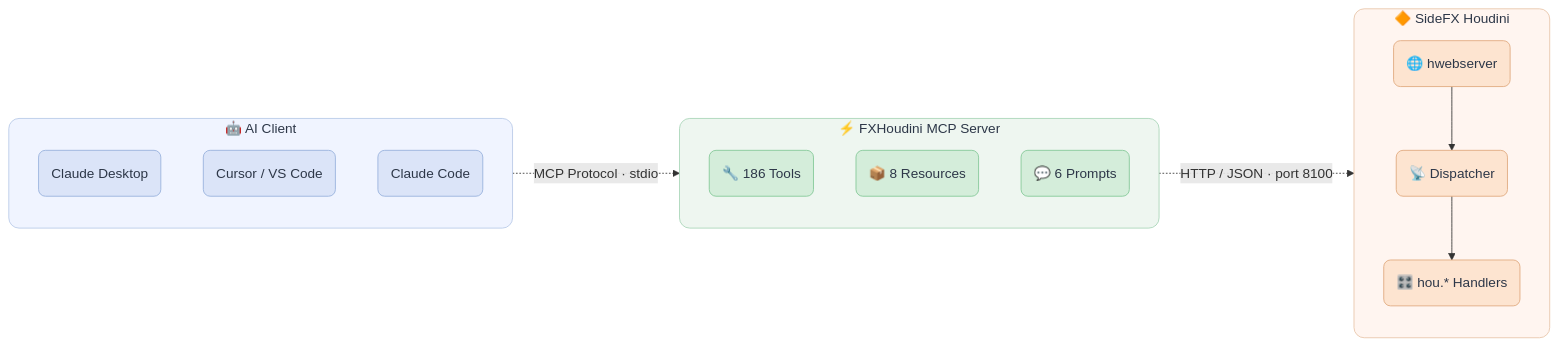
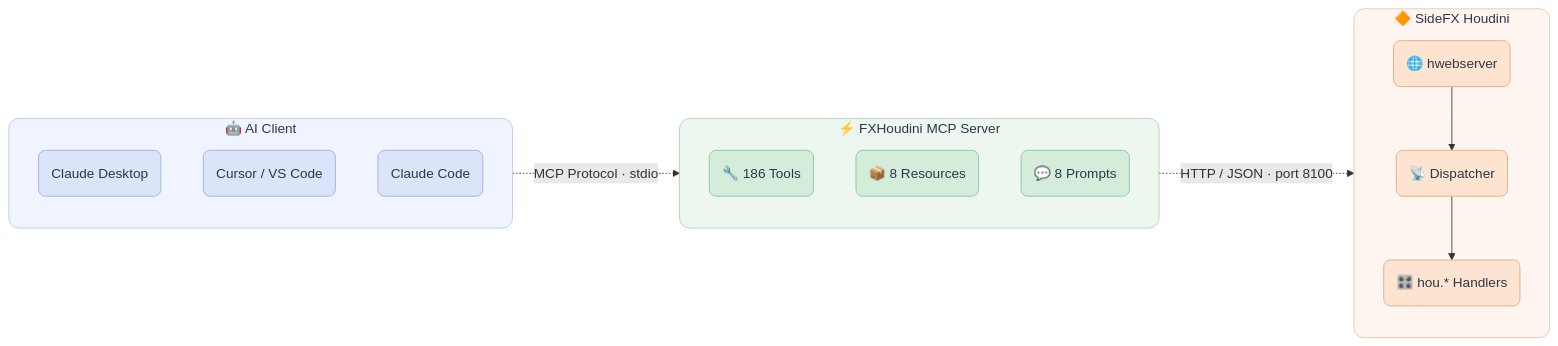
The diagram in README.md (nscrdev/fxhoudinimcp), drawn with Mermaid before and after one commit. The commit also changed other lines of this file and 2 other files, not shown here.

Commit message:
[FEAT] Disable auto-layout by default in this fork
FXHOUDINIMCP_AUTO_LAYOUT now defaults to 0 to preserve manual node
layouts; set to 1 to opt back in.

````diff
--- a/README.md
+++ b/README.md
@@ -98,42 +98,42 @@
 ```mermaid
 flowchart LR
     subgraph Client[" 🤖 AI Client "]
         direction TB
         A1("Claude Desktop")
         A2("Cursor / VS Code")
         A3("Claude Code")
     end
 
     subgraph MCP[" ⚡ FXHoudini MCP Server "]
         direction TB
         B1("🔧 186 Tools")
         B2("📦 8 Resources")
-        B3("💬 6 Prompts")
+        B3("💬 8 Prompts")
     end
 
     subgraph Houdini[" 🔶 SideFX Houdini "]
         direction TB
         C1("🌐 hwebserver")
         C2("📡 Dispatcher")
         C3("🎛️ hou.* Handlers")
         C1 --> C2 --> C3
     end
 
     Client -. "MCP Protocol · stdio" .-> MCP
     MCP -. "HTTP / JSON · port 8100" .-> Houdini
 
     classDef clientBox fill:#f0f4ff,stroke:#b8c9e8,stroke-width:1px,color:#2d3748,rx:12,ry:12
     classDef mcpBox fill:#eef6f0,stroke:#a8d5b8,stroke-width:1px,color:#2d3748,rx:12,ry:12
     classDef houdiniBox fill:#fff5f0,stroke:#e8c4a8,stroke-width:1px,color:#2d3748,rx:12,ry:12
 
     classDef clientNode fill:#dbe4f8,stroke:#96b0dc,stroke-width:1px,color:#2d3748,rx:8,ry:8
     classDef mcpNode fill:#d4edda,stroke:#82c896,stroke-width:1px,color:#2d3748,rx:8,ry:8
     classDef houdiniNode fill:#fde4d0,stroke:#e0a87c,stroke-width:1px,color:#2d3748,rx:8,ry:8
 
     class Client clientBox
     class MCP mcpBox
     class Houdini houdiniBox
     class A1,A2,A3 clientNode
     class B1,B2,B3 mcpNode
     class C1,C2,C3 houdiniNode
 ```
````
